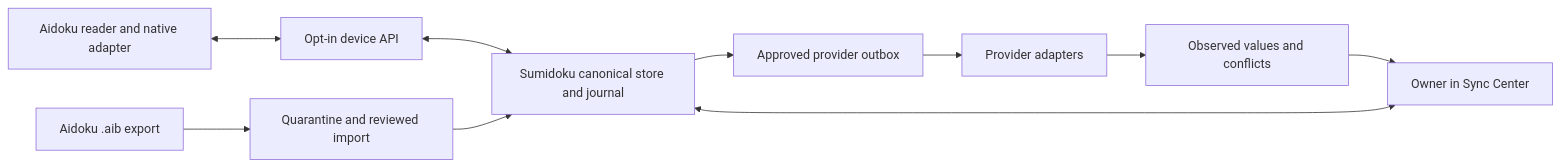
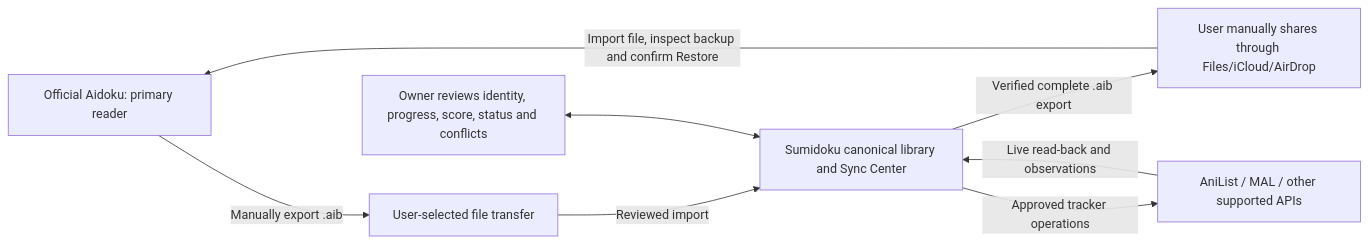
One commit to TTokomon/SumidokuApp changed the first of 2 diagrams in docs/BETA5_AUTHORITATIVE_SYNC_PLAN.md. Above: the diagram before and after it, drawn with Mermaid. The commit also changed other lines of this file, not shown here.

Commit message:
docs: select manual Aidoku backup round trip for Beta 5

````diff
--- a/docs/BETA5_AUTHORITATIVE_SYNC_PLAN.md
+++ b/docs/BETA5_AUTHORITATIVE_SYNC_PLAN.md
@@ -67,12 +63,10 @@
 ```mermaid
 flowchart LR
-    Reader["Aidoku reader and native adapter"] <--> Device["Opt-in device API"]
-    Backup["Aidoku .aib export"] --> Intake["Quarantine and reviewed import"]
-    Device <--> Hub["Sumidoku canonical store and journal"]
-    Intake --> Hub
-    Owner["Owner in Sync Center"] <--> Hub
-    Hub --> Outbox["Approved provider outbox"]
-    Outbox --> Providers["Provider adapters"]
-    Providers --> Observations["Observed values and conflicts"]
-    Observations --> Owner
+    A["Official Aidoku: primary reader"] -->|"Manually export .aib"| F["User-selected file transfer"]
+    F -->|"Reviewed import"| H["Sumidoku canonical library and Sync Center"]
+    H -->|"Verified complete .aib export"| X["User manually shares through Files/iCloud/AirDrop"]
+    X -->|"Import file, inspect backup and confirm Restore"| A
+    H -->|"Approved tracker operations"| P["AniList / MAL / other supported APIs"]
+    P -->|"Live read-back and observations"| H
+    O["Owner reviews identity, progress, score, status and conflicts"] <--> H
 ```
````
